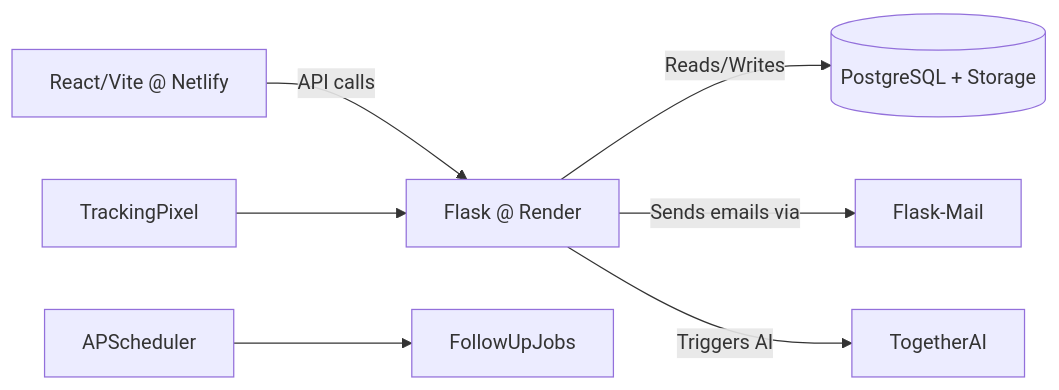
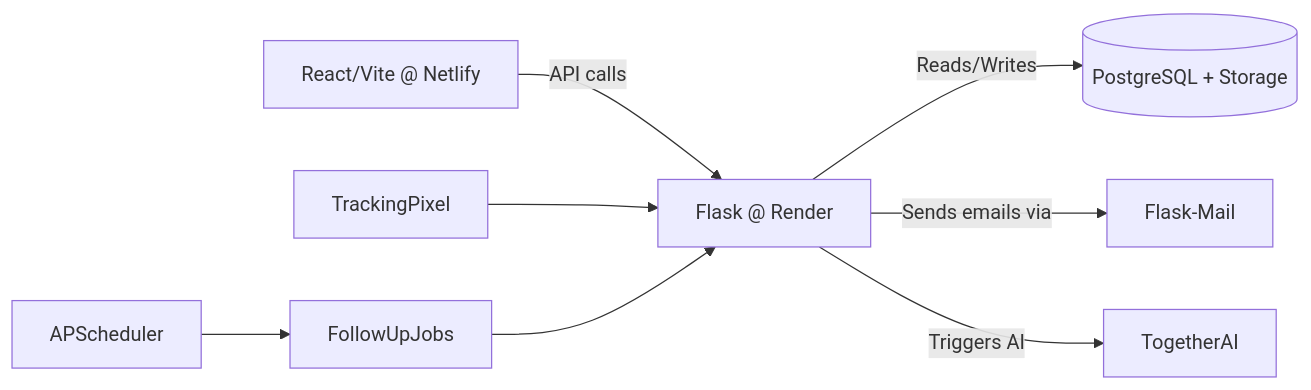
One commit to vedanschi/23ventures-outreach-app changed the diagram in README.md. Above: the diagram before and after it, drawn with Mermaid.

````diff
--- a/README.md
+++ b/README.md
@@ -57,9 +57,11 @@
 ```mermaid
 graph LR
   Frontend[React/Vite @ Netlify] -->|API calls| Backend[Flask @ Render]
   Backend -->|Reads/Writes| Supabase[(PostgreSQL + Storage)]
   Backend -->|Sends emails via| SMTP[Flask-Mail]
   Backend -->|Triggers AI| TogetherAI
   Scheduler[APScheduler] --> FollowUpJobs
   TrackingPixel --> Backend
+  FollowUpJobs --> Backend
+
 ```
````
